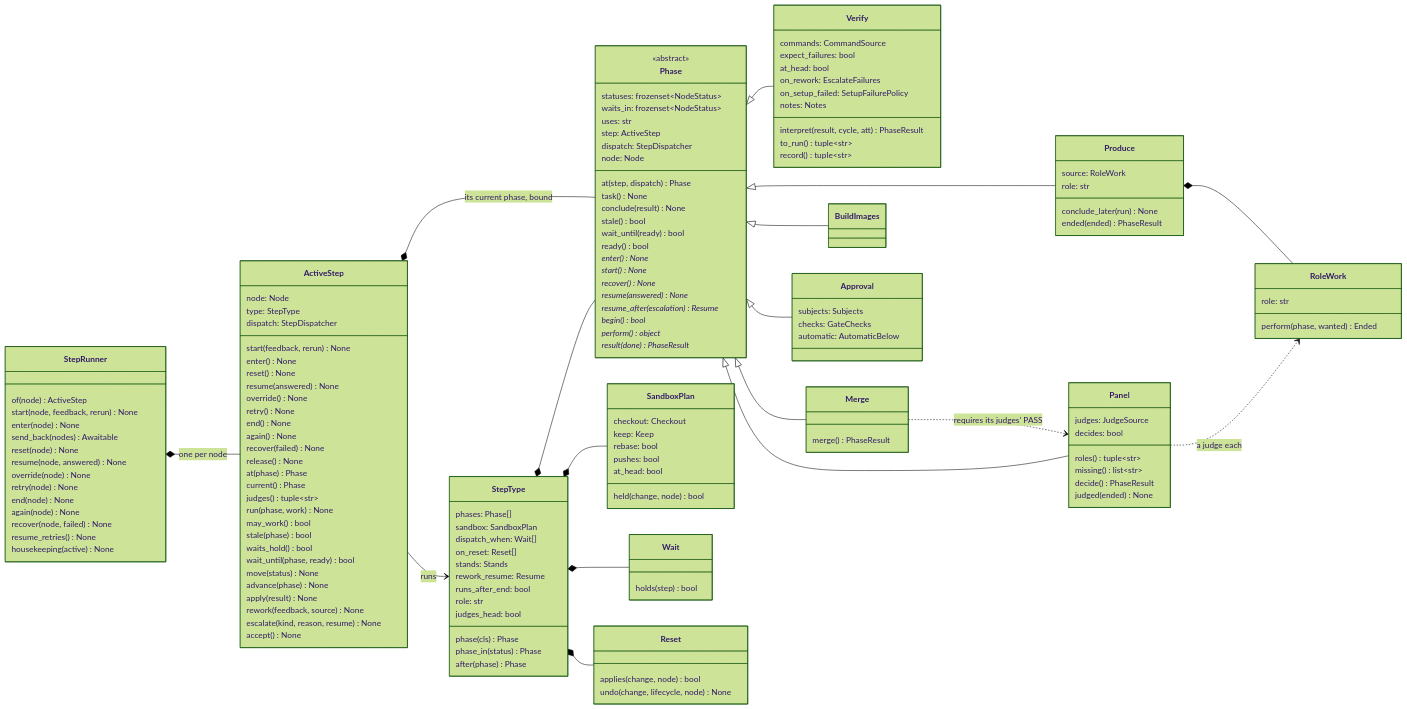
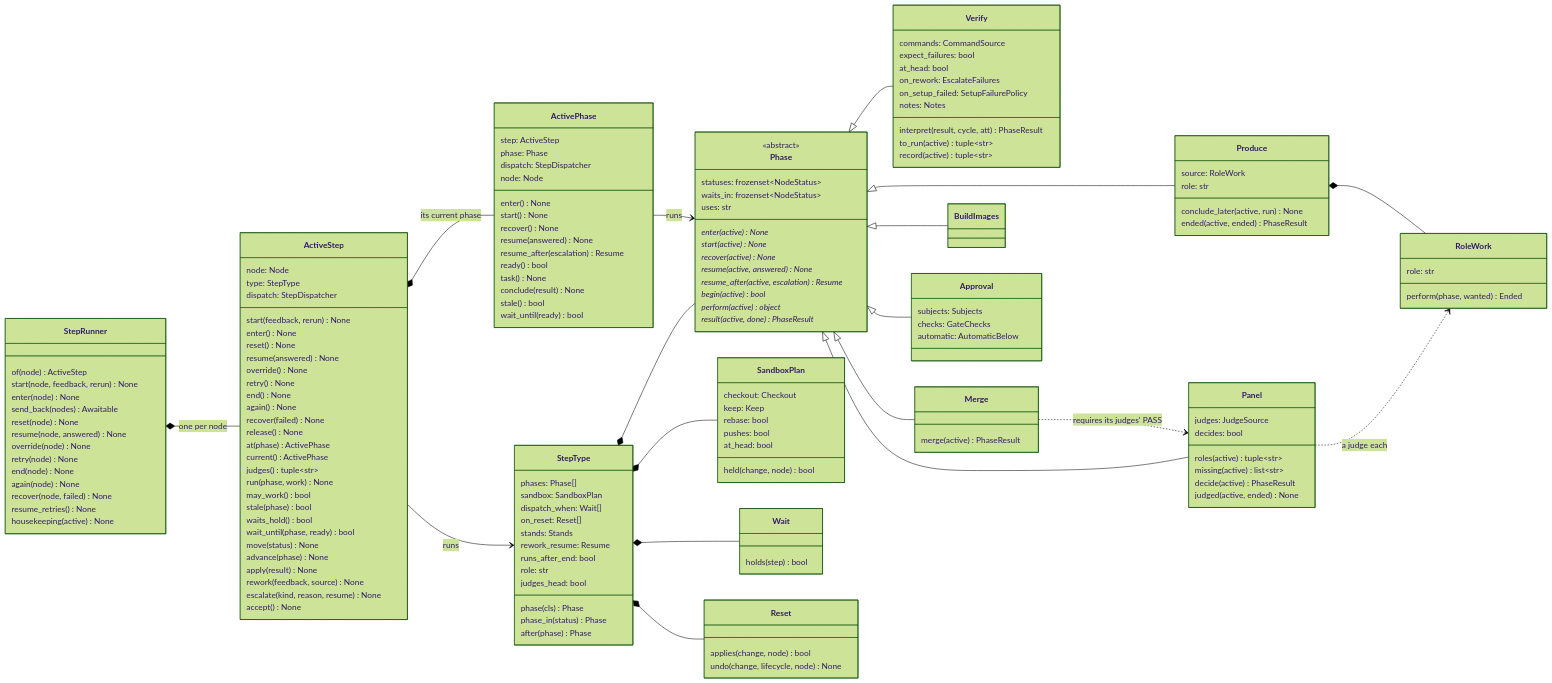
Before and after one commit to mr-miles/orchestrator: the fourth of 6 diagrams in docs/architecture.md, drawn with Mermaid (forest theme). The commit also changed other lines of this file and 4 other files, not shown here.

First line of the commit message:
A phase runs as an ActivePhase that each of its hooks is given

```diff
--- a/docs/architecture.md
+++ b/docs/architecture.md
@@ -378,8 +381,8 @@
         again() None
         recover(failed) None
         release() None
-        at(phase) Phase
-        current() Phase
+        at(phase) ActivePhase
+        current() ActivePhase
         judges() tuple~str~
         run(phase, work) None
         may_work() bool
@@ -398,29 +401,36 @@
         statuses: frozenset~NodeStatus~
         waits_in: frozenset~NodeStatus~
         uses: str
+        enter(active)* None
+        start(active)* None
+        recover(active)* None
+        resume(active, answered)* None
+        resume_after(active, escalation)* Resume
+        begin(active)* bool
+        perform(active)* object
+        result(active, done)* PhaseResult
+    }
+    class ActivePhase {
         step: ActiveStep
+        phase: Phase
         dispatch: StepDispatcher
         node: Node
-        at(step, dispatch) Phase
+        enter() None
+        start() None
+        recover() None
+        resume(answered) None
+        resume_after(escalation) Resume
+        ready() bool
         task() None
         conclude(result) None
         stale() bool
         wait_until(ready) bool
-        ready() bool
-        enter()* None
-        start()* None
-        recover()* None
-        resume(answered)* None
-        resume_after(escalation)* Resume
-        begin()* bool
-        perform()* object
-        result(done)* PhaseResult
     }
     class Produce {
         source: RoleWork
         role: str
-        conclude_later(run) None
-        ended(ended) PhaseResult
+        conclude_later(active, run) None
+        ended(active, ended) PhaseResult
     }
     class RoleWork {
         role: str
@@ -434,19 +444,19 @@
         on_setup_failed: SetupFailurePolicy
         notes: Notes
         interpret(result, cycle, att) PhaseResult
-        to_run() tuple~str~
-        record() tuple~str~
+        to_run(active) tuple~str~
+        record(active) tuple~str~
     }
     class Panel {
         judges: JudgeSource
         decides: bool
-        roles() tuple~str~
-        missing() list~str~
-        decide() PhaseResult
-        judged(ended) None
+        roles(active) tuple~str~
+        missing(active) list~str~
+        decide(active) PhaseResult
+        judged(active, ended) None
     }
     class Merge {
-        merge() PhaseResult
+        merge(active) PhaseResult
     }
     class BuildImages
     class Approval {
@@ -472,7 +482,8 @@
 
     StepRunner *-- ActiveStep : one per node
     ActiveStep --> StepType : runs
-    ActiveStep *-- Phase : its current phase, bound
+    ActiveStep *-- ActivePhase : its current phase
+    ActivePhase --> Phase : runs
     StepType *-- Phase
     StepType *-- SandboxPlan
     StepType *-- Wait
```
